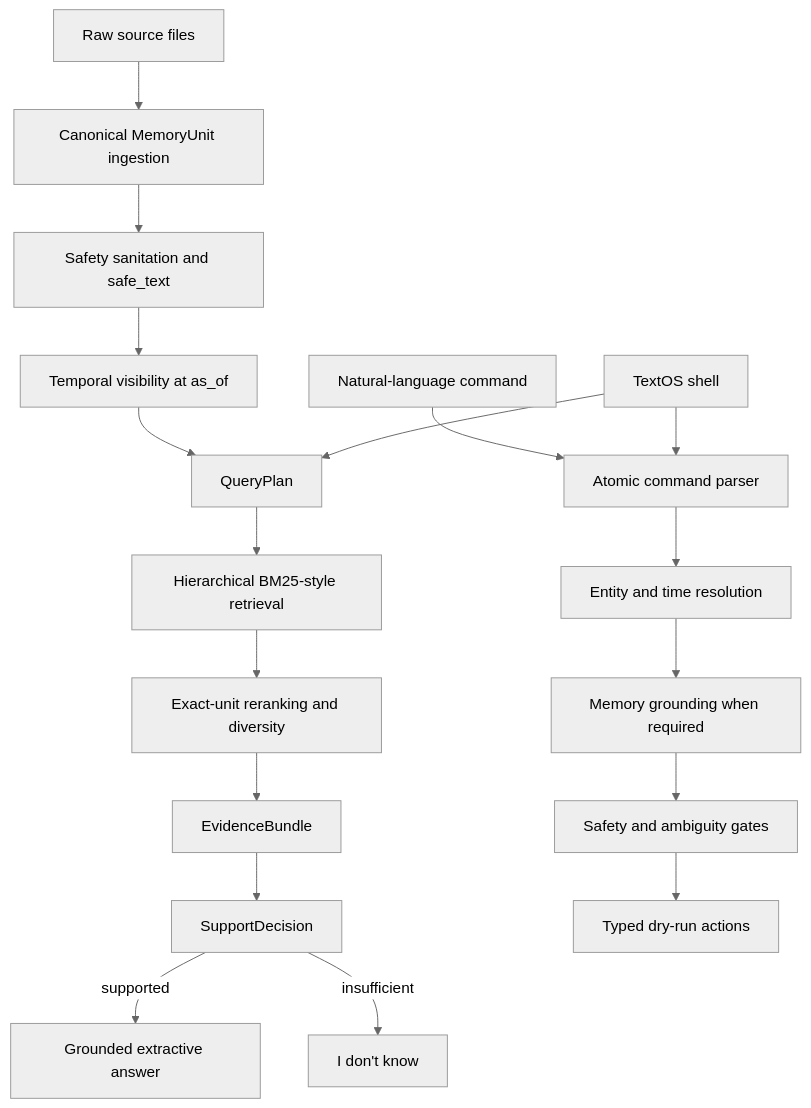
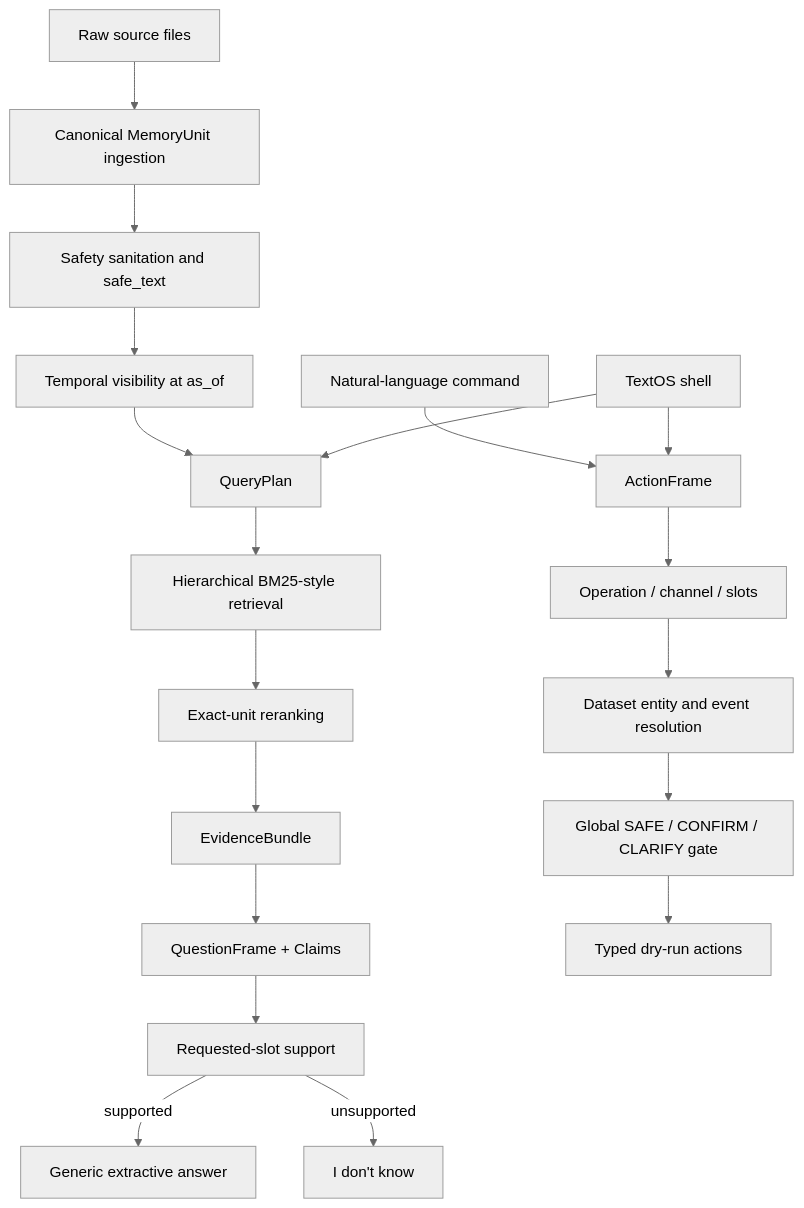
The diagram in README.md (HarshYadav1711/candor-memory-takehome), drawn with Mermaid (neutral theme) before and after one commit. The commit also changed other lines of this file and 4 other files, not shown here.

````diff
--- a/README.md
+++ b/README.md
@@ -46,22 +40,23 @@
 ```mermaid
 flowchart TD
     A[Raw source files] --> B[Canonical MemoryUnit ingestion]
     B --> C[Safety sanitation and safe_text]
     C --> D[Temporal visibility at as_of]
     D --> E[QueryPlan]
     E --> F[Hierarchical BM25-style retrieval]
-    F --> G[Exact-unit reranking and diversity]
+    F --> G[Exact-unit reranking]
     G --> H[EvidenceBundle]
-    H --> I[SupportDecision]
-    I -->|supported| J[Grounded extractive answer]
-    I -->|insufficient| K[I don't know]
+    H --> I[QuestionFrame + Claims]
+    I --> J[Requested-slot support]
+    J -->|supported| K[Generic extractive answer]
+    J -->|unsupported| L[I don't know]
 
-    L[Natural-language command] --> M[Atomic command parser]
-    M --> N[Entity and time resolution]
-    N --> O[Memory grounding when required]
-    O --> P[Safety and ambiguity gates]
-    P --> Q[Typed dry-run actions]
+    M[Natural-language command] --> N[ActionFrame]
+    N --> O[Operation / channel / slots]
+    O --> P[Dataset entity and event resolution]
+    P --> Q[Global SAFE / CONFIRM / CLARIFY gate]
+    Q --> R[Typed dry-run actions]
 
-    R[TextOS shell] --> E
-    R --> M
+    S[TextOS shell] --> E
+    S --> N
 ```
````
